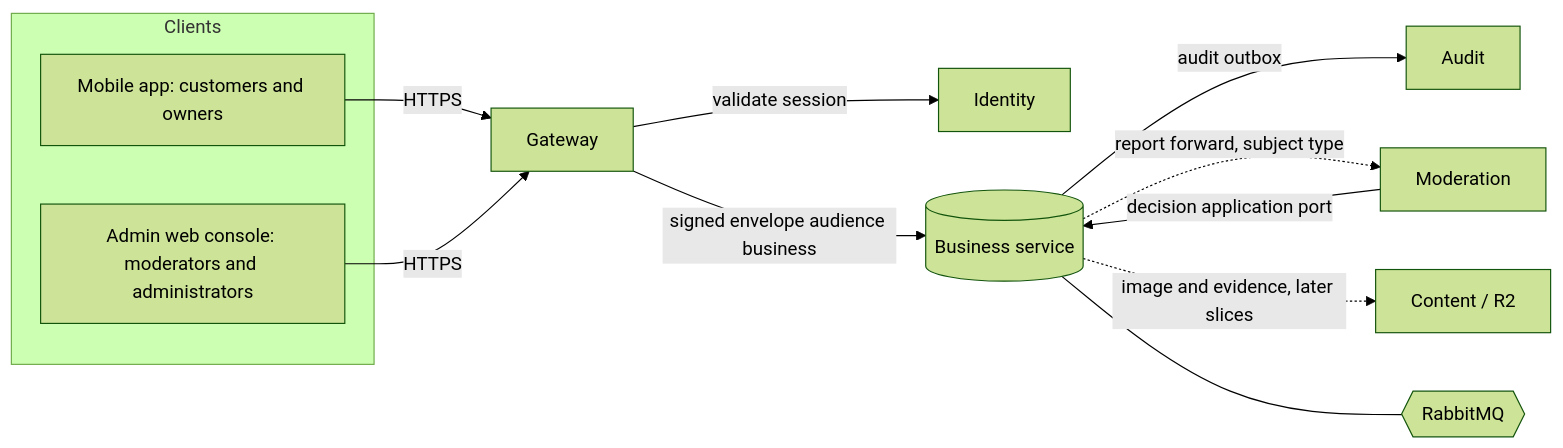
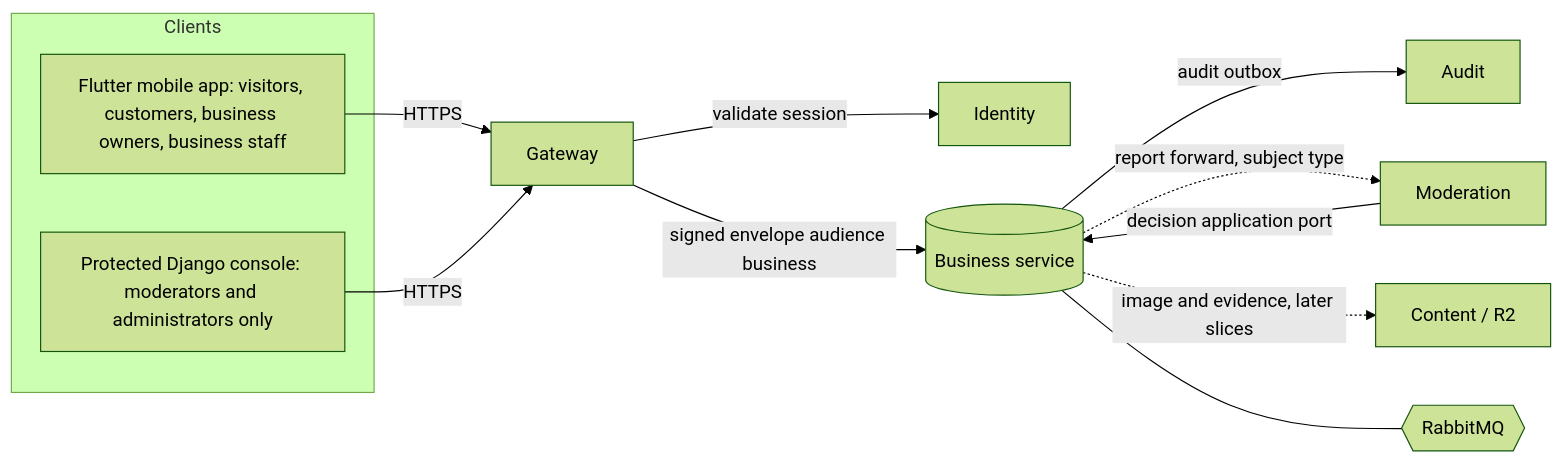
The first of 5 diagrams in docs/architecture/business/BIZ-ARCH_Service_Architecture_PROPOSED.md (Markcino/KoloVibe), drawn with Mermaid (forest theme) before and after one commit. The commit also changed other lines of this file and 14 other files, not shown here.

First line of the commit message:
docs(business): record DR-BZ-21 (Flutter only, no public website or business portal) and reconcile the Business design package

````diff
--- a/docs/architecture/business/BIZ-ARCH_Service_Architecture_PROPOSED.md
+++ b/docs/architecture/business/BIZ-ARCH_Service_Architecture_PROPOSED.md
@@ -22,23 +22,23 @@
 ```mermaid
 flowchart LR
   subgraph Clients
-    M[Mobile app: customers and owners]
-    W[Admin web console: moderators and administrators]
+    M[Flutter mobile app: visitors, customers, business owners, business staff]
+    W[Protected Django console: moderators and administrators only]
   end
   GW[Gateway]
   ID[Identity]
   BZ[(Business service)]
   MO[Moderation]
   AU[Audit]
   CO[Content / R2]
   MQ{{RabbitMQ}}
   M -->|HTTPS| GW
   W -->|HTTPS| GW
   GW -->|validate session| ID
   GW -->|signed envelope audience business| BZ
   BZ -->|audit outbox| AU
   MO -->|decision application port| BZ
   BZ -.->|report forward, subject type| MO
   BZ -.->|image and evidence, later slices| CO
   BZ --- MQ
 ```
````
